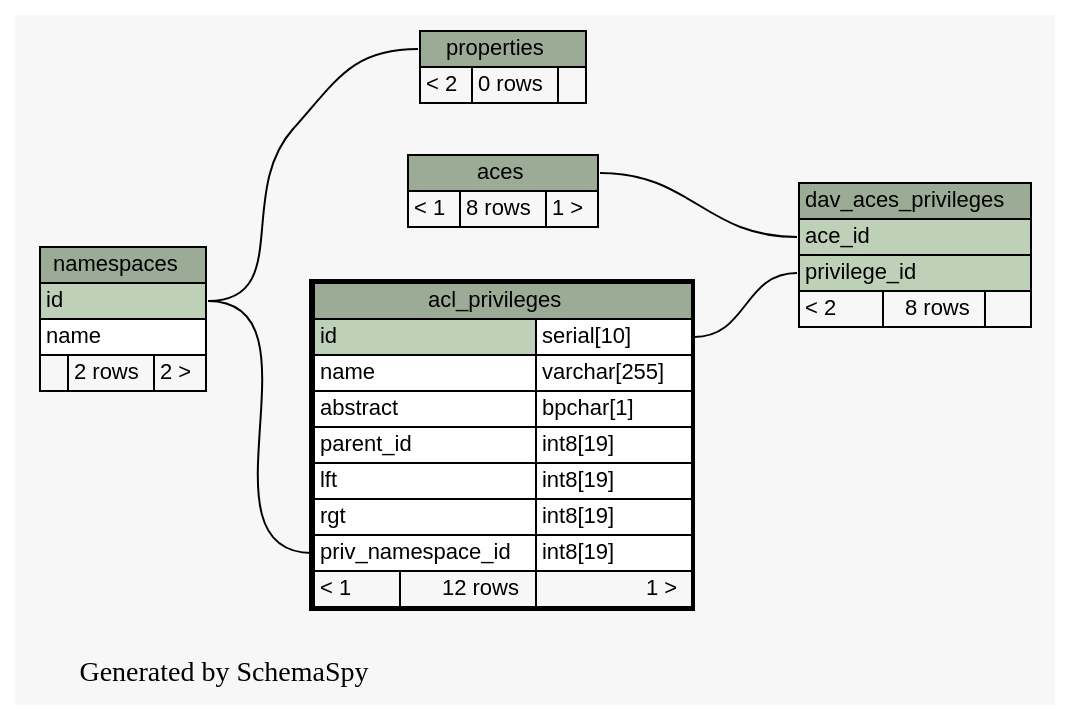
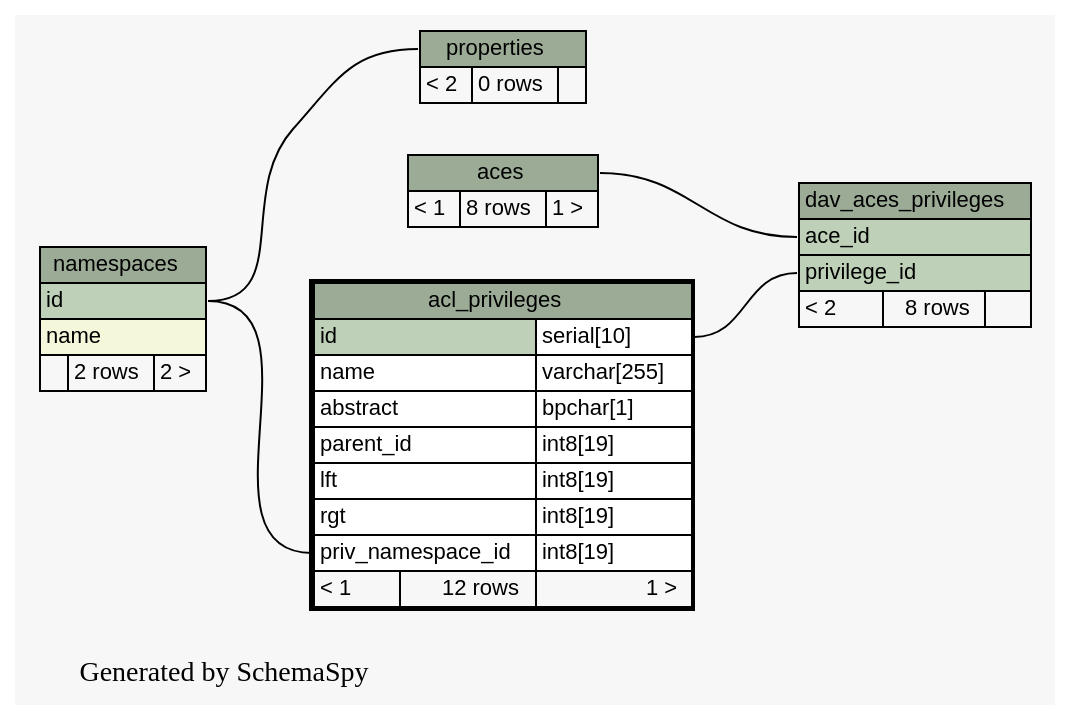
Before and after one commit to tolsen/limestone: the diagram in limestone/doc/schemaSpy/graphs/acl_privileges.2degrees.dot, drawn with Graphviz. The commit also changed 156 other files, not shown here.

Commit message:
update limestone schemaSpy

```diff
--- a/limestone/doc/schemaSpy/graphs/acl_privileges.2degrees.dot
+++ b/limestone/doc/schemaSpy/graphs/acl_privileges.2degrees.dot
@@ -1,77 +1,77 @@
-// dot 2.20.2 on Linux 2.6.25-2-amd64
+// dot 2.20.2 on Linux 2.6.28-1-amd64
 digraph "twoDegreesRelationshipsGraph" {
   graph [
     rankdir="RL"
     bgcolor="#f7f7f7"
     label="\nGenerated by SchemaSpy"
     labeljust="l"
   ];
   node [
     fontname="Helvetica"
     fontsize="11"
     shape="plaintext"
   ];
   edge [
     arrowsize="0.8"
   ];
   "acl_privileges":"priv_namespace_id":w -> "namespaces":"id":e [arrowtail=crowtee arrowhead=none];
   "dav_aces_privileges":"ace_id":w -> "aces":"aces.heading":e [arrowtail=crowtee arrowhead=none];
   "dav_aces_privileges":"privilege_id":w -> "acl_privileges":"id.type":e [arrowtail=crowtee arrowhead=none];
   "properties":"properties.heading":w -> "namespaces":"id":e [arrowtail=crowtee arrowhead=none];
   "aces" [
     label=<
     <TABLE BORDER="0" CELLBORDER="1" CELLSPACING="0" BGCOLOR="#ffffff">
       <TR><TD PORT="aces.heading" COLSPAN="3" BGCOLOR="#9bab96" ALIGN="CENTER">aces</TD></TR>
       <TR><TD ALIGN="LEFT" BGCOLOR="#f7f7f7">&lt; 1</TD><TD ALIGN="RIGHT" BGCOLOR="#f7f7f7">8 rows</TD><TD ALIGN="RIGHT" BGCOLOR="#f7f7f7">1 &gt;</TD></TR>
     </TABLE>>
     URL="aces.html#graph"
     tooltip="aces"
   ];
   "acl_privileges" [
     label=<
     <TABLE BORDER="2" CELLBORDER="1" CELLSPACING="0" BGCOLOR="#ffffff">
       <TR><TD PORT="acl_privileges.heading" COLSPAN="3" BGCOLOR="#9bab96" ALIGN="CENTER">acl_privileges</TD></TR>
       <TR><TD PORT="id" COLSPAN="2" BGCOLOR="#bed1b8" ALIGN="LEFT">id</TD><TD PORT="id.type" ALIGN="LEFT">serial[10]</TD></TR>
       <TR><TD PORT="name" COLSPAN="2" ALIGN="LEFT">name</TD><TD PORT="name.type" ALIGN="LEFT">varchar[255]</TD></TR>
       <TR><TD PORT="abstract" COLSPAN="2" ALIGN="LEFT">abstract</TD><TD PORT="abstract.type" ALIGN="LEFT">bpchar[1]</TD></TR>
       <TR><TD PORT="parent_id" COLSPAN="2" ALIGN="LEFT">parent_id</TD><TD PORT="parent_id.type" ALIGN="LEFT">int8[19]</TD></TR>
       <TR><TD PORT="lft" COLSPAN="2" ALIGN="LEFT">lft</TD><TD PORT="lft.type" ALIGN="LEFT">int8[19]</TD></TR>
       <TR><TD PORT="rgt" COLSPAN="2" ALIGN="LEFT">rgt</TD><TD PORT="rgt.type" ALIGN="LEFT">int8[19]</TD></TR>
       <TR><TD PORT="priv_namespace_id" COLSPAN="2" ALIGN="LEFT">priv_namespace_id</TD><TD PORT="priv_namespace_id.type" ALIGN="LEFT">int8[19]</TD></TR>
       <TR><TD ALIGN="LEFT" BGCOLOR="#f7f7f7">&lt; 1</TD><TD ALIGN="RIGHT" BGCOLOR="#f7f7f7">12 rows</TD><TD ALIGN="RIGHT" BGCOLOR="#f7f7f7">1 &gt;</TD></TR>
     </TABLE>>
     URL="acl_privileges.html#"
     tooltip="acl_privileges"
   ];
   "dav_aces_privileges" [
     label=<
     <TABLE BORDER="0" CELLBORDER="1" CELLSPACING="0" BGCOLOR="#ffffff">
       <TR><TD PORT="dav_aces_privileges.heading" COLSPAN="3" BGCOLOR="#9bab96" ALIGN="CENTER">dav_aces_privileges</TD></TR>
       <TR><TD PORT="ace_id" COLSPAN="3" BGCOLOR="#bed1b8" ALIGN="LEFT">ace_id</TD></TR>
       <TR><TD PORT="privilege_id" COLSPAN="3" BGCOLOR="#bed1b8" ALIGN="LEFT">privilege_id</TD></TR>
       <TR><TD ALIGN="LEFT" BGCOLOR="#f7f7f7">&lt; 2</TD><TD ALIGN="RIGHT" BGCOLOR="#f7f7f7">8 rows</TD><TD ALIGN="RIGHT" BGCOLOR="#f7f7f7">  </TD></TR>
     </TABLE>>
     URL="dav_aces_privileges.html#graph"
     tooltip="dav_aces_privileges"
   ];
   "namespaces" [
     label=<
     <TABLE BORDER="0" CELLBORDER="1" CELLSPACING="0" BGCOLOR="#ffffff">
       <TR><TD PORT="namespaces.heading" COLSPAN="3" BGCOLOR="#9bab96" ALIGN="CENTER">namespaces</TD></TR>
       <TR><TD PORT="id" COLSPAN="3" BGCOLOR="#bed1b8" ALIGN="LEFT">id</TD></TR>
-      <TR><TD PORT="name" COLSPAN="3" ALIGN="LEFT">name</TD></TR>
+      <TR><TD PORT="name" COLSPAN="3" BGCOLOR="#f4f7da" ALIGN="LEFT">name</TD></TR>
       <TR><TD ALIGN="LEFT" BGCOLOR="#f7f7f7">  </TD><TD ALIGN="RIGHT" BGCOLOR="#f7f7f7">2 rows</TD><TD ALIGN="RIGHT" BGCOLOR="#f7f7f7">2 &gt;</TD></TR>
     </TABLE>>
     URL="namespaces.html#graph"
     tooltip="namespaces"
   ];
   "properties" [
     label=<
     <TABLE BORDER="0" CELLBORDER="1" CELLSPACING="0" BGCOLOR="#ffffff">
       <TR><TD PORT="properties.heading" COLSPAN="3" BGCOLOR="#9bab96" ALIGN="CENTER">properties</TD></TR>
       <TR><TD ALIGN="LEFT" BGCOLOR="#f7f7f7">&lt; 2</TD><TD ALIGN="RIGHT" BGCOLOR="#f7f7f7">0 rows</TD><TD ALIGN="RIGHT" BGCOLOR="#f7f7f7">  </TD></TR>
     </TABLE>>
     URL="properties.html#graph"
     tooltip="properties"
   ];
 }
```
